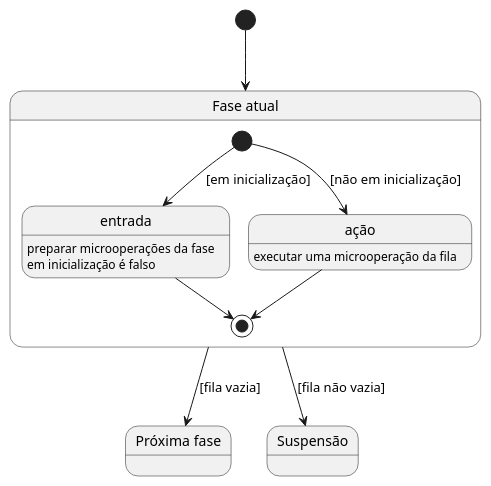
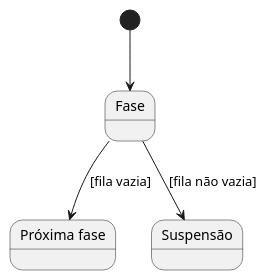
Before and after one commit to ThiagoCamposTN/MicroSim: the diagram in unica_microoperacao.puml, drawn with PlantUML. The commit also changed 2 other files, not shown here.

Commit message:
Atualiza os diagramas

```diff
--- a/unica_microoperacao.puml
+++ b/unica_microoperacao.puml
@@ -1,20 +1,10 @@
-@startuml Fase
+@startuml ÚnicaMicrooperação
+
 state "Próxima fase" as ProxFase
+
 [*] --> Fase
-
-state Fase as "Fase atual" {
-    [*]     --> entrada : [em inicialização]
-    [*]     --> ação    : [não em inicialização]
-
-    entrada --> [*]
-    ação    --> [*]
-
-    entrada : preparar microoperações da fase
-    entrada : em inicialização é falso
-    ação    : executar uma microoperação da fila
-}
 
 Fase --> Suspensão   : [fila não vazia]
 Fase --> ProxFase    : [fila vazia]
 
 @enduml
```
